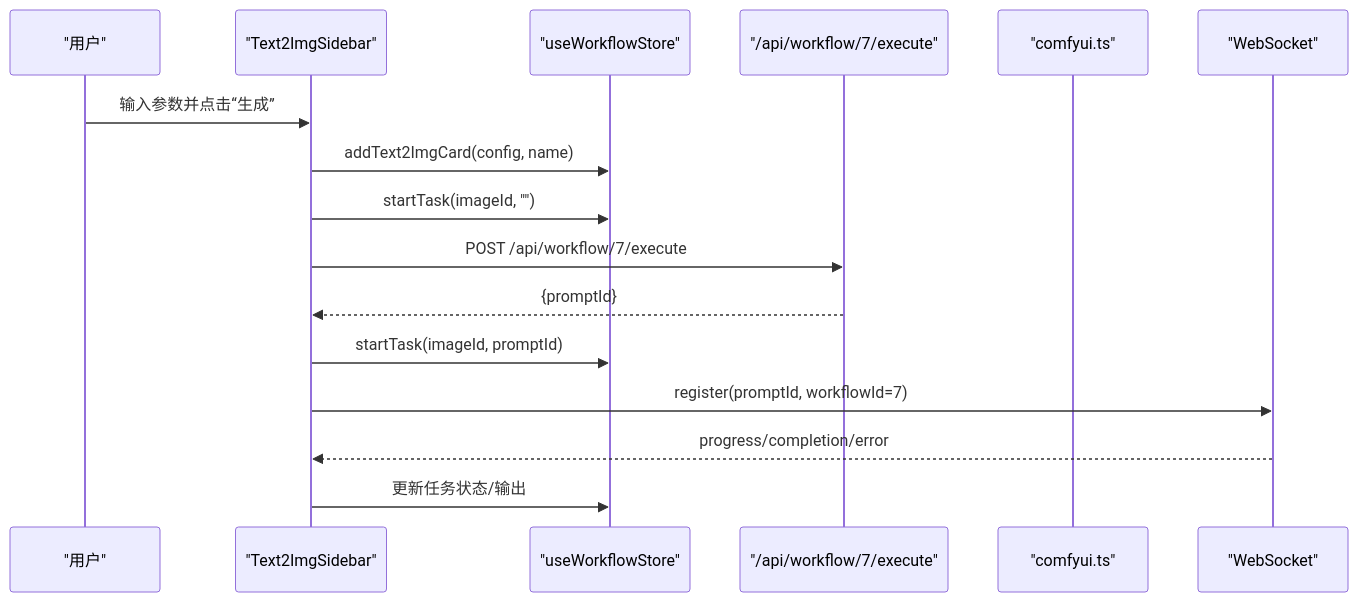
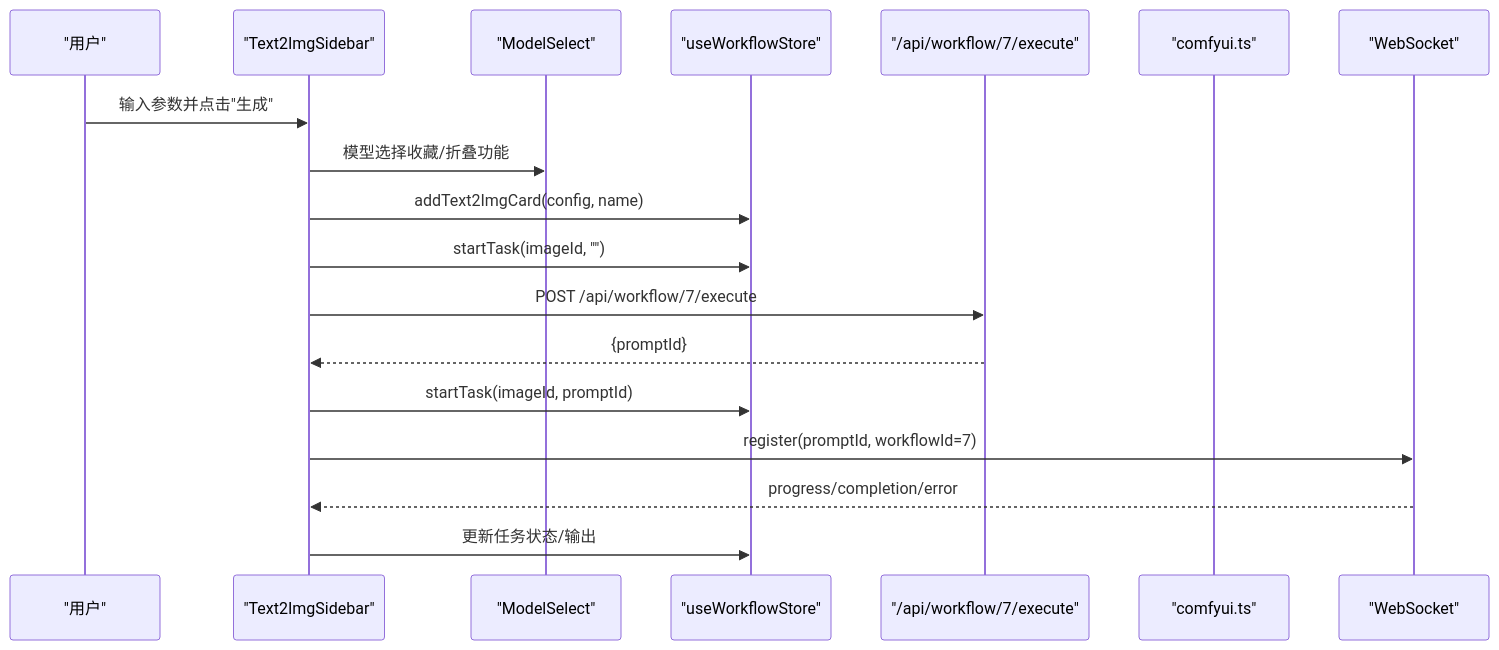
One commit to billye220670/CorineKit_Pix2Real changed the second of 4 diagrams in .qoder/repowiki/zh/content/用户界面组件/控制面板组件/文本到图像侧边栏.md. Above: the diagram before and after it, drawn with Mermaid. The commit also changed other lines of this file and 54 other files, not shown here.

First line of the commit message:
feat: 模型下拉菜单元数据管理（缩略图+重命名）及session mask恢复优化

````diff
--- a/.qoder/repowiki/zh/content/用户界面组件/控制面板组件/文本到图像侧边栏.md
+++ b/.qoder/repowiki/zh/content/用户界面组件/控制面板组件/文本到图像侧边栏.md
@@ -92,18 +107,20 @@
 ```mermaid
 sequenceDiagram
 participant U as "用户"
 participant T2I as "Text2ImgSidebar"
+participant MS as "ModelSelect"
 participant Store as "useWorkflowStore"
 participant API as "/api/workflow/7/execute"
 participant CUI as "comfyui.ts"
 participant WS as "WebSocket"
-U->>T2I : 输入参数并点击“生成”
+U->>T2I : 输入参数并点击"生成"
+T2I->>MS : 模型选择收藏/折叠功能
 T2I->>Store : addText2ImgCard(config, name)
 T2I->>Store : startTask(imageId, "")
 T2I->>API : POST /api/workflow/7/execute
 API-->>T2I : {promptId}
 T2I->>Store : startTask(imageId, promptId)
 T2I->>WS : register(promptId, workflowId=7)
 WS-->>T2I : progress/completion/error
 T2I->>Store : 更新任务状态/输出
 ```
````
